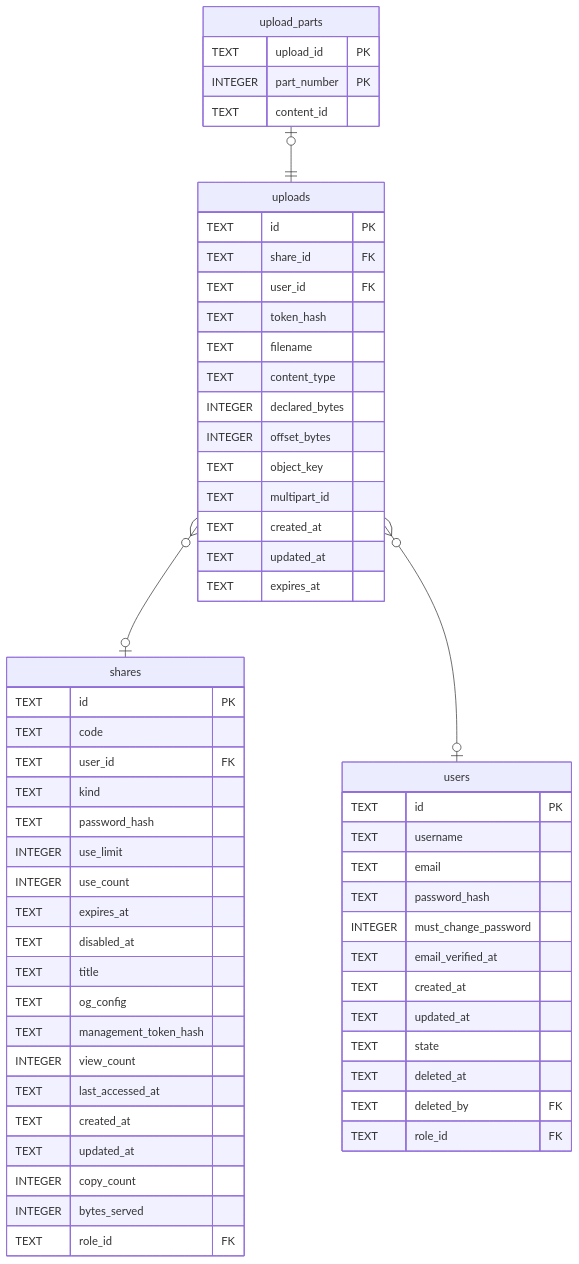
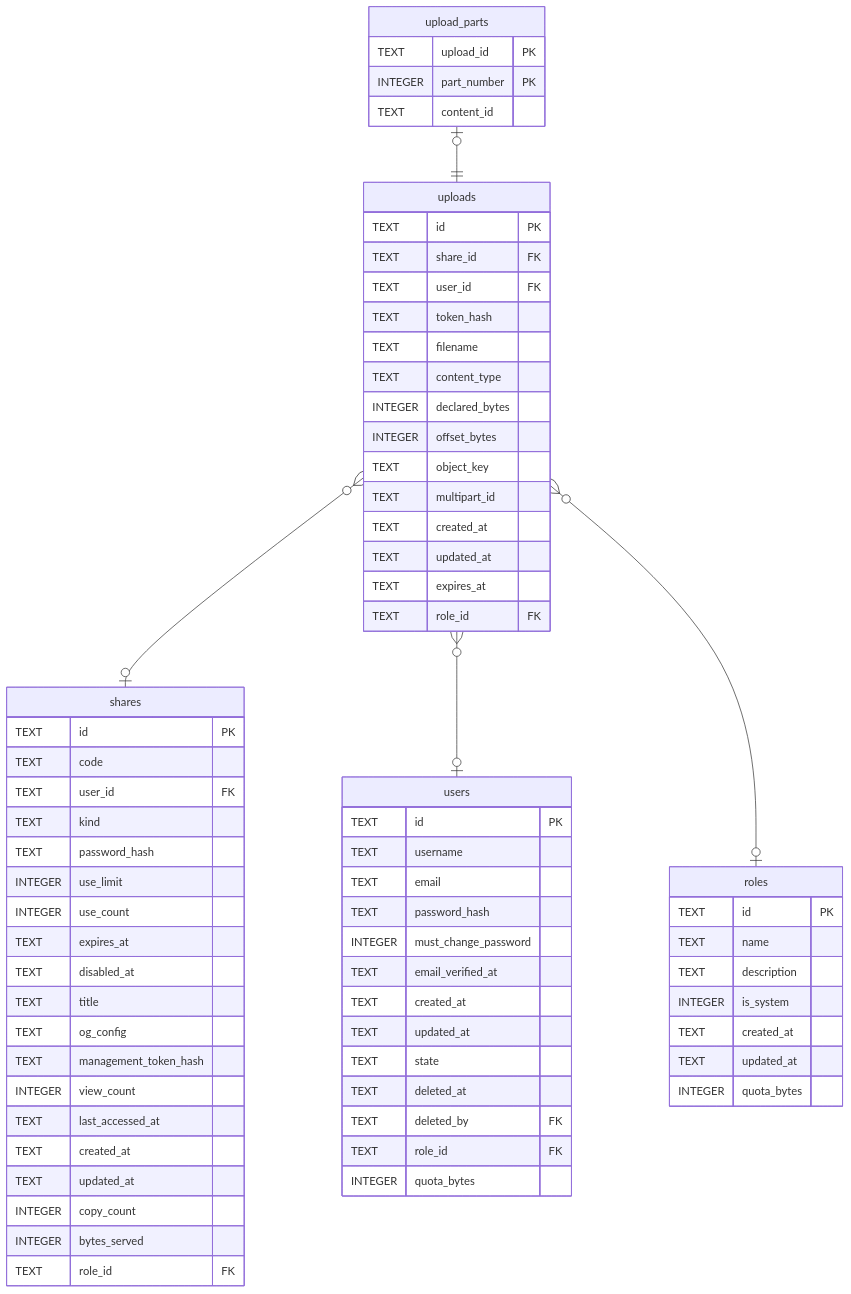
The diagram in docs/schema/uploads.md (Limatura/tessera), drawn with Mermaid before and after one commit. The commit also changed other lines of this file and 44 other files, not shown here.

````diff
--- a/docs/schema/uploads.md
+++ b/docs/schema/uploads.md
@@ -75,63 +78,75 @@
 ```mermaid
 erDiagram
 
 "upload_parts" |o--|| "uploads" : ""
 "uploads" }o--o| "shares" : ""
 "uploads" }o--o| "users" : ""
+"uploads" }o--o| "roles" : ""
 
 "uploads" {
   TEXT id PK
   TEXT share_id FK
   TEXT user_id FK
   TEXT token_hash
   TEXT filename
   TEXT content_type
   INTEGER declared_bytes
   INTEGER offset_bytes
   TEXT object_key
   TEXT multipart_id
   TEXT created_at
   TEXT updated_at
   TEXT expires_at
+  TEXT role_id FK
 }
 "upload_parts" {
   TEXT upload_id PK
   INTEGER part_number PK
   TEXT content_id
 }
 "shares" {
   TEXT id PK
   TEXT code
   TEXT user_id FK
   TEXT kind
   TEXT password_hash
   INTEGER use_limit
   INTEGER use_count
   TEXT expires_at
   TEXT disabled_at
   TEXT title
   TEXT og_config
   TEXT management_token_hash
   INTEGER view_count
   TEXT last_accessed_at
   TEXT created_at
   TEXT updated_at
   INTEGER copy_count
   INTEGER bytes_served
   TEXT role_id FK
 }
 "users" {
   TEXT id PK
   TEXT username
   TEXT email
   TEXT password_hash
   INTEGER must_change_password
   TEXT email_verified_at
   TEXT created_at
   TEXT updated_at
   TEXT state
   TEXT deleted_at
   TEXT deleted_by FK
   TEXT role_id FK
+  INTEGER quota_bytes
+}
+"roles" {
+  TEXT id PK
+  TEXT name
+  TEXT description
+  INTEGER is_system
+  TEXT created_at
+  TEXT updated_at
+  INTEGER quota_bytes
 }
 ```
````
